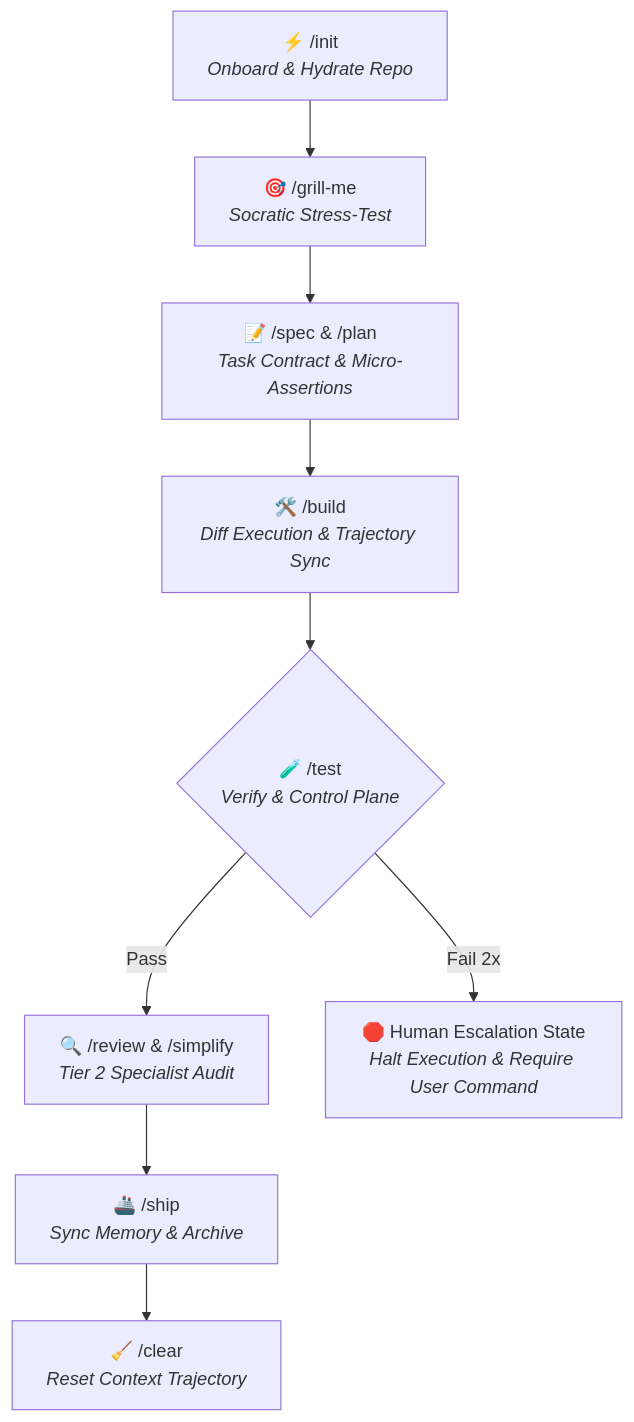
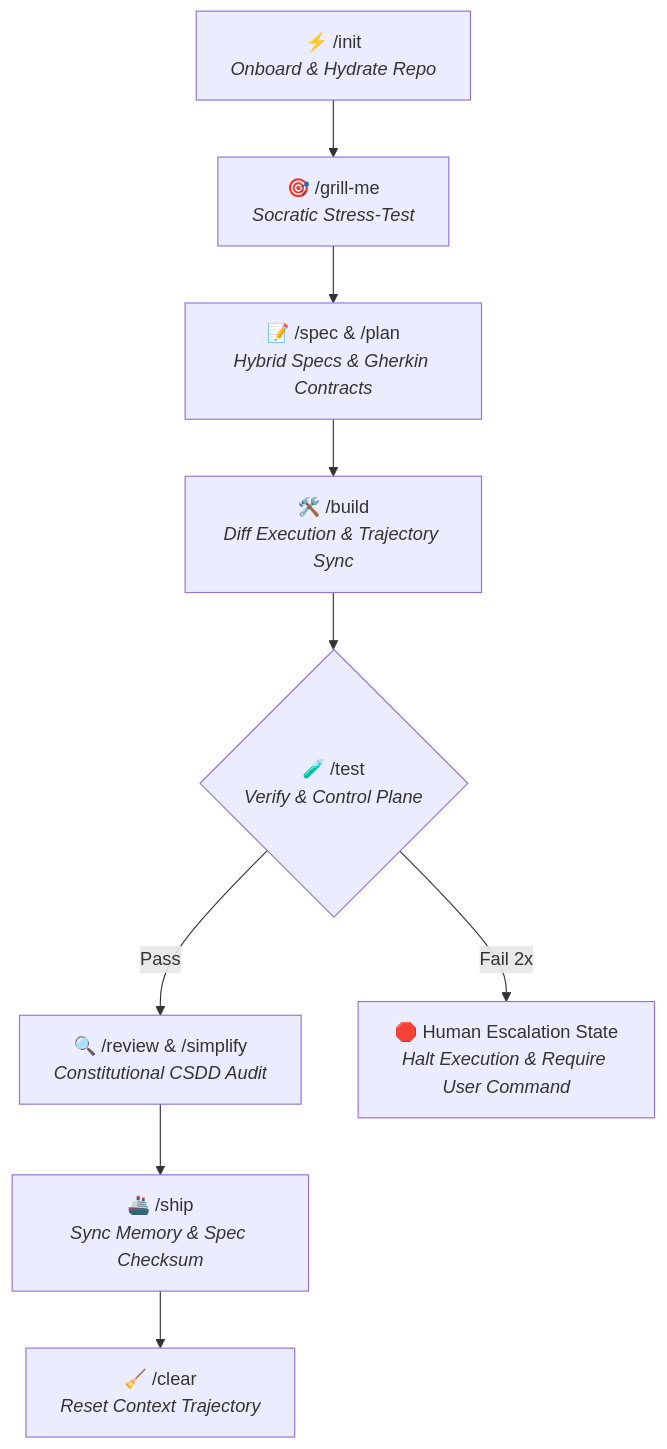
The diagram in README.md (EurusDevSec/agent-optimize), drawn with Mermaid before and after one commit. The commit also changed other lines of this file, not shown here.

Commit message:
Update README.md with SDD 2.0 Architectural Pillars and 8th SDD 2.0 Research Reference

````diff
--- a/README.md
+++ b/README.md
@@ -23,13 +24,13 @@
 ```mermaid
 flowchart TD
     Init["⚡ /init<br/><i>Onboard & Hydrate Repo</i>"] --> Grill["🎯 /grill-me<br/><i>Socratic Stress-Test</i>"]
-    Grill --> Spec["📝 /spec & /plan<br/><i>Task Contract & Micro-Assertions</i>"]
+    Grill --> Spec["📝 /spec & /plan<br/><i>Hybrid Specs & Gherkin Contracts</i>"]
     Spec --> Build["🛠️ /build<br/><i>Diff Execution & Trajectory Sync</i>"]
     Build --> Test{"🧪 /test<br/><i>Verify & Control Plane</i>"}
     
-    Test -- Pass --> Review["🔍 /review & /simplify<br/><i>Tier 2 Specialist Audit</i>"]
+    Test -- Pass --> Review["🔍 /review & /simplify<br/><i>Constitutional CSDD Audit</i>"]
     Test -- Fail 2x --> Escalation["🛑 Human Escalation State<br/><i>Halt Execution & Require User Command</i>"]
     
-    Review --> Ship["🚢 /ship<br/><i>Sync Memory & Archive</i>"]
+    Review --> Ship["🚢 /ship<br/><i>Sync Memory & Spec Checksum</i>"]
     Ship --> Clear["🧹 /clear<br/><i>Reset Context Trajectory</i>"]
 ```
````
